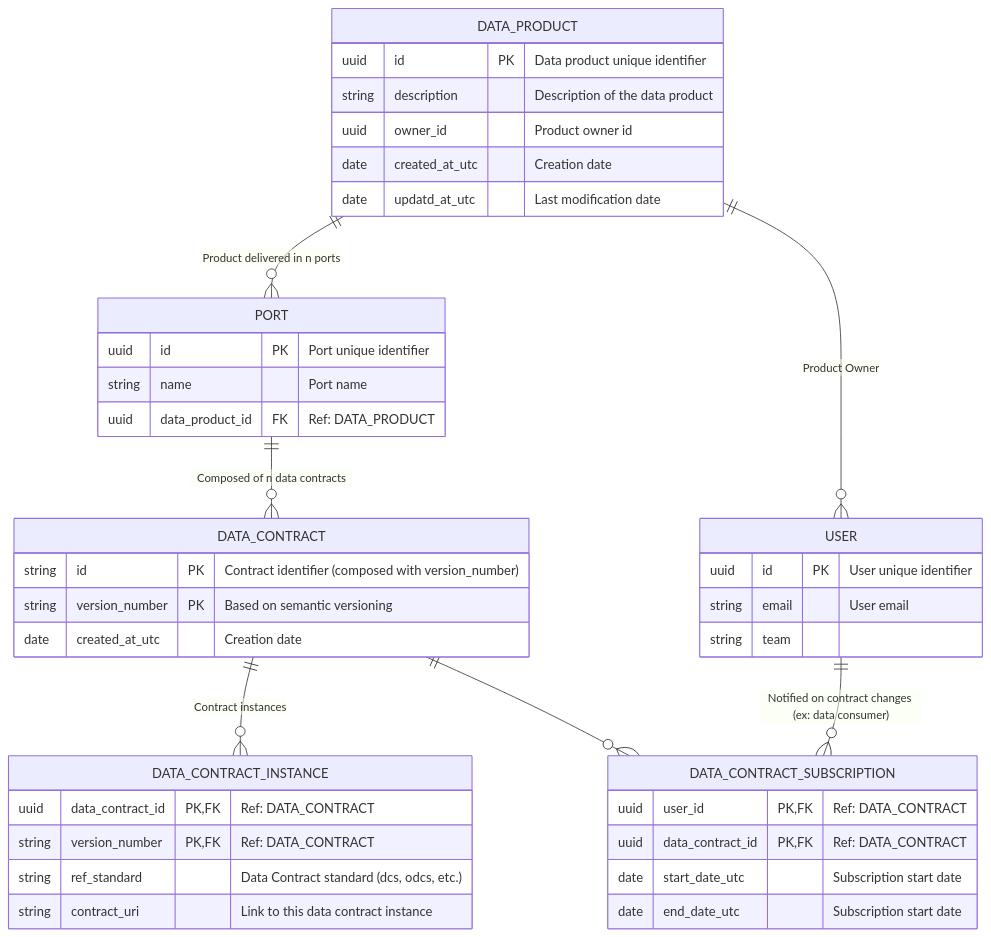
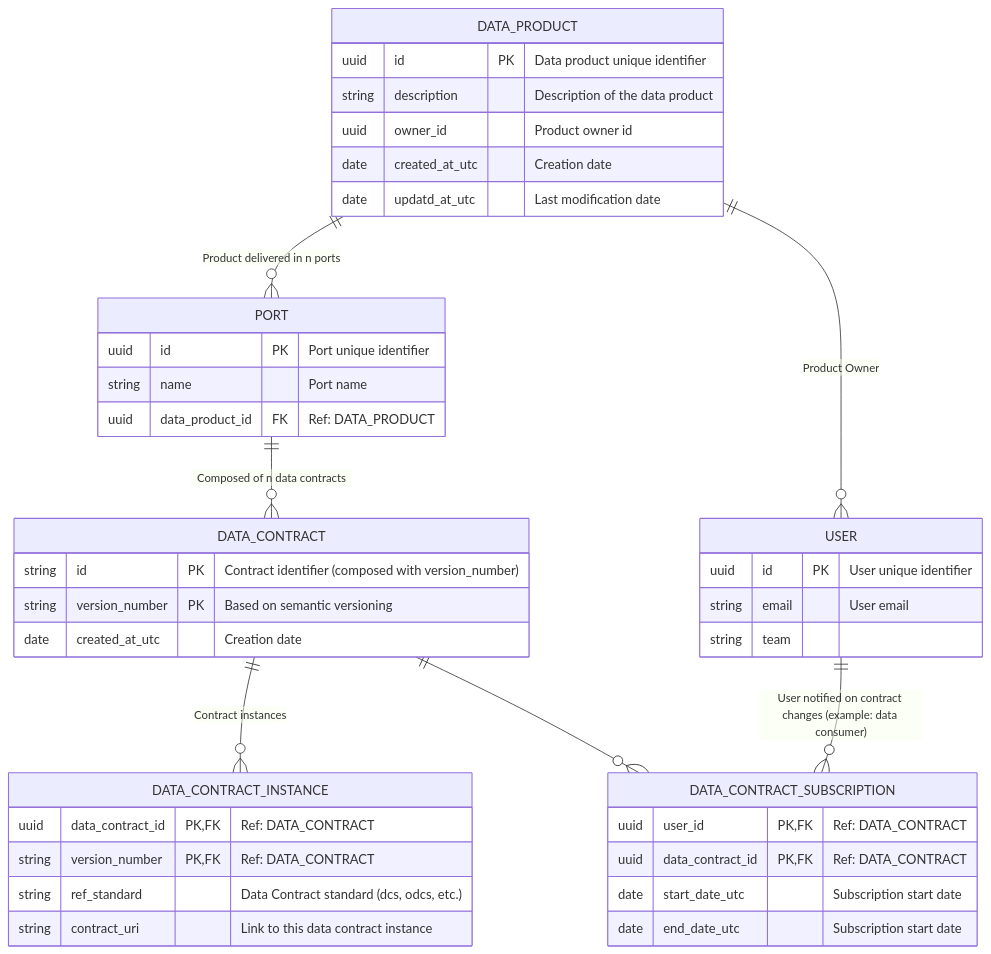
One commit to monmaya/base-impl changed the diagram in docs/relational_model.md. Above: the diagram before and after it, drawn with Mermaid.

````diff
--- a/docs/relational_model.md
+++ b/docs/relational_model.md
@@ -5,53 +5,53 @@
 ```mermaid
 
 erDiagram
 
     DATA_PRODUCT {
         uuid id PK "Data product unique identifier"
         string description "Description of the data product"
         uuid owner_id "Product owner id"
         date created_at_utc "Creation date"
         date updatd_at_utc "Last modification date"
     }
 
     PORT {
         uuid id PK "Port unique identifier"
         string name "Port name"
         uuid data_product_id FK "Ref: DATA_PRODUCT"
     }
 
     DATA_CONTRACT {
         string id PK "Contract identifier (composed with version_number)"
         string version_number PK "Based on semantic versioning"
         date created_at_utc "Creation date"
     }
 
     DATA_CONTRACT_INSTANCE {
         uuid data_contract_id PK, FK "Ref: DATA_CONTRACT"
         string version_number PK, FK "Ref: DATA_CONTRACT"
         string ref_standard "Data Contract standard (dcs, odcs, etc.)"
         string contract_uri "Link to this data contract instance"
     }
     
     DATA_CONTRACT_SUBSCRIPTION {
         uuid user_id PK, FK "Ref: DATA_CONTRACT"
         uuid data_contract_id PK, FK "Ref: DATA_CONTRACT"
         date start_date_utc "Subscription start date"
         date end_date_utc "Subscription start date"
     }
 
     USER {
         uuid id PK "User unique identifier"
         string email "User email"
         string team
     }
 
     DATA_PRODUCT ||--o{ PORT : "Product delivered in n ports"
     DATA_PRODUCT ||--o{ USER : "Product Owner"
     PORT ||--o{ DATA_CONTRACT : "Composed of n data contracts"
     DATA_CONTRACT ||--o{ DATA_CONTRACT_INSTANCE : "Contract instances"
     DATA_CONTRACT ||--o{ DATA_CONTRACT_SUBSCRIPTION : ""
-    USER ||--o{ DATA_CONTRACT_SUBSCRIPTION : "Notified on contract changes (ex: data consumer)"
+    USER ||--o{ DATA_CONTRACT_SUBSCRIPTION : "User notified on contract changes (example: data consumer)"
 
 
   ```
````
